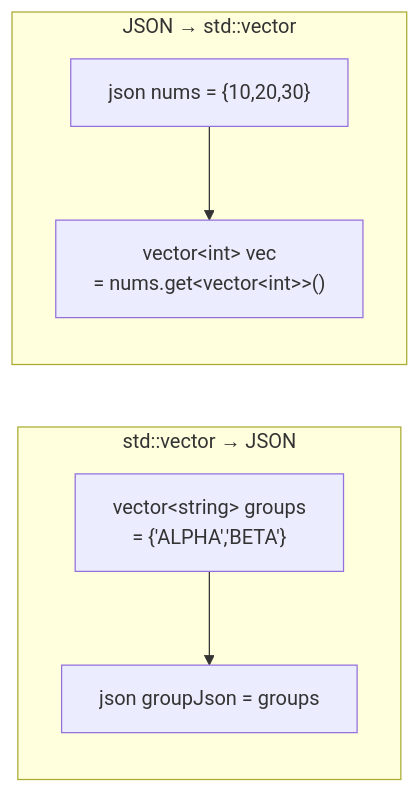
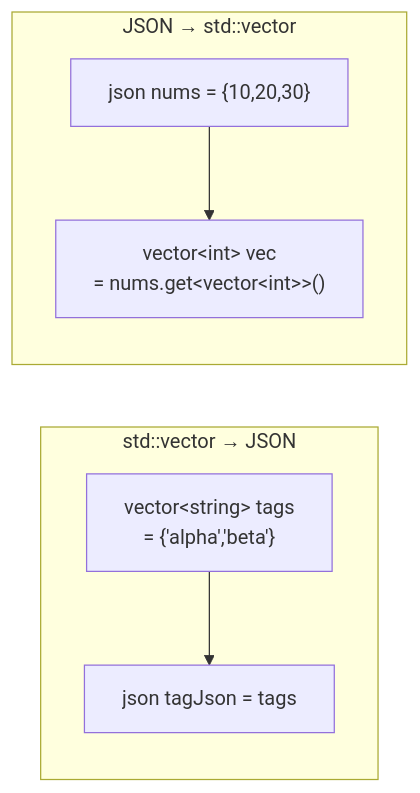
One commit to Apisteftos/QtTutorialCpp changed the fifth of 7 diagrams in 10_SystemPorgramming/02_JSON/README.md. Above: the diagram before and after it, drawn with Mermaid. The commit also changed other lines of this file and 349 other files, not shown here.

````diff
--- a/10_SystemPorgramming/02_JSON/README.md
+++ b/10_SystemPorgramming/02_JSON/README.md
@@ -144,14 +144,14 @@
 ```mermaid
 flowchart LR
     subgraph ToJSON ["std::vector → JSON"]
-        V1["vector&lt;string&gt; groups\n= {'ALPHA','BETA'}"]
-        J1["json groupJson = groups"]
+        V1["vector&lt;string&gt; tags\n= {'alpha','beta'}"]
+        J1["json tagJson = tags"]
         V1 --> J1
     end
 
     subgraph FromJSON ["JSON → std::vector"]
         J2["json nums = {10,20,30}"]
         V2["vector&lt;int&gt; vec\n= nums.get&lt;vector&lt;int&gt;&gt;()"]
         J2 --> V2
     end
 ```
````
